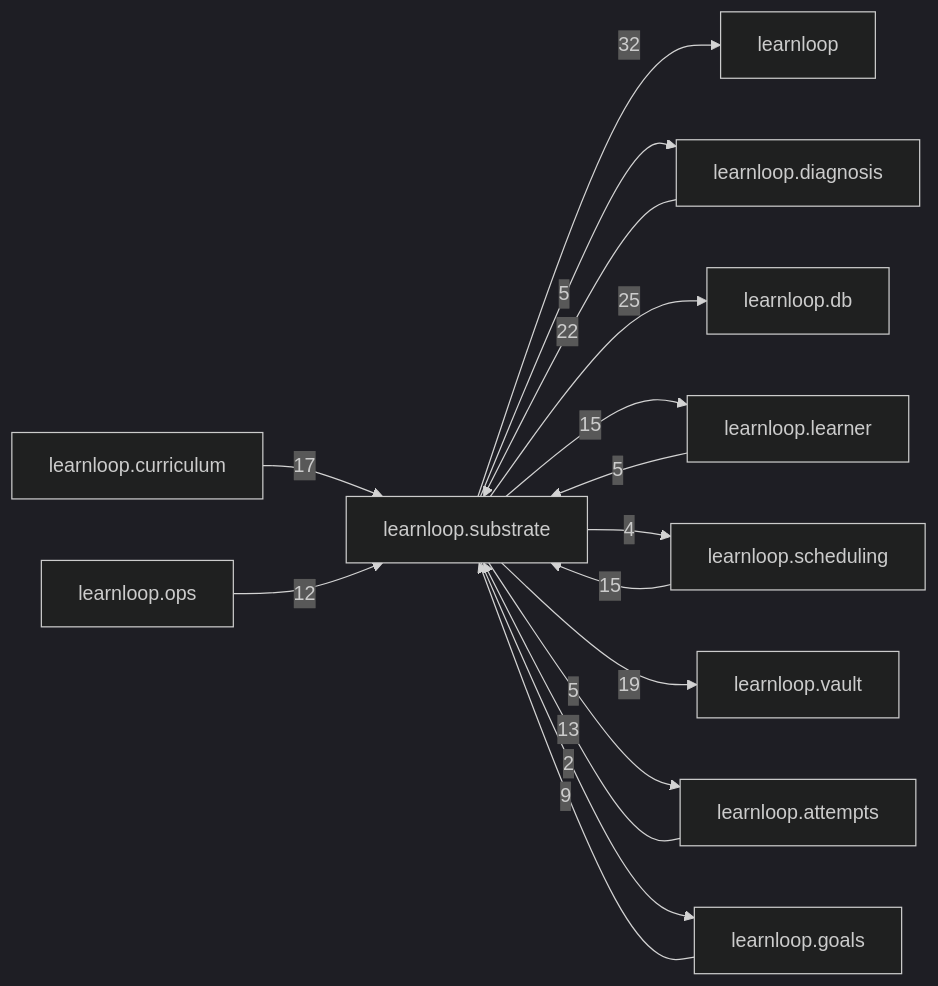
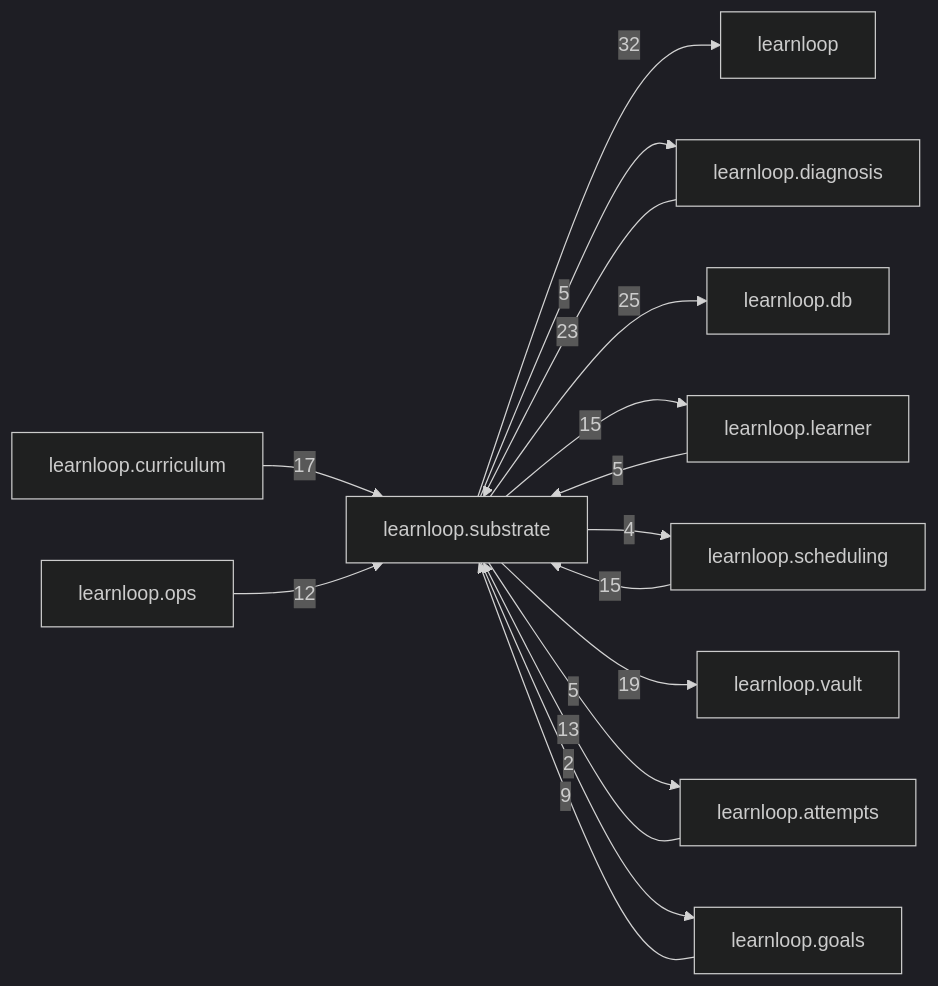
The diagram in docs/learnloop-architecture-vault/Reference/Modules/learnloop/substrate/_package.md (6up-b/learnanything), drawn with Mermaid (dark theme) before and after one commit. The commit also changed other lines of this file and 63 other files, not shown here.

````diff
--- a/docs/learnloop-architecture-vault/Reference/Modules/learnloop/substrate/_package.md
+++ b/docs/learnloop-architecture-vault/Reference/Modules/learnloop/substrate/_package.md
@@ -162,29 +162,29 @@
 ```mermaid
 flowchart LR
     center["learnloop.substrate"]
     n_learnloop["learnloop"]
     n_learnloop_diagnosis["learnloop.diagnosis"]
     n_learnloop_db["learnloop.db"]
     n_learnloop_learner["learnloop.learner"]
     n_learnloop_scheduling["learnloop.scheduling"]
     n_learnloop_vault["learnloop.vault"]
     n_learnloop_attempts["learnloop.attempts"]
     n_learnloop_curriculum["learnloop.curriculum"]
     n_learnloop_ops["learnloop.ops"]
     n_learnloop_goals["learnloop.goals"]
     center -->|32| n_learnloop
-    n_learnloop_diagnosis -->|22| center
+    n_learnloop_diagnosis -->|23| center
     center -->|5| n_learnloop_diagnosis
     center -->|25| n_learnloop_db
     n_learnloop_learner -->|5| center
     center -->|15| n_learnloop_learner
     n_learnloop_scheduling -->|15| center
     center -->|4| n_learnloop_scheduling
     center -->|19| n_learnloop_vault
     n_learnloop_attempts -->|13| center
     center -->|5| n_learnloop_attempts
     n_learnloop_curriculum -->|17| center
     n_learnloop_ops -->|12| center
     n_learnloop_goals -->|9| center
     center -->|2| n_learnloop_goals
 ```
````
